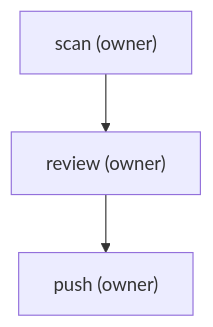
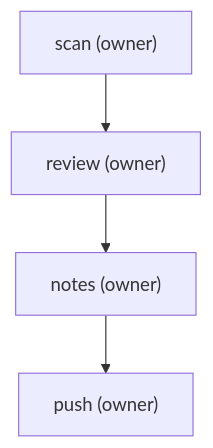
The diagram in punchlist-templates/workflows/packs/core/pre-push.md (aronvaughan/punchlist), drawn with Mermaid before and after one commit. The commit also changed other lines of this file and 8 other files, not shown here.

````diff
--- a/punchlist-templates/workflows/packs/core/pre-push.md
+++ b/punchlist-templates/workflows/packs/core/pre-push.md
@@ -34,8 +41,10 @@
 ```mermaid
 flowchart TD
   scan["scan (owner)"]
   review["review (owner)"]
+  notes["notes (owner)"]
   push["push (owner)"]
   scan --> review
-  review --> push
+  review --> notes
+  notes --> push
 ```
````
